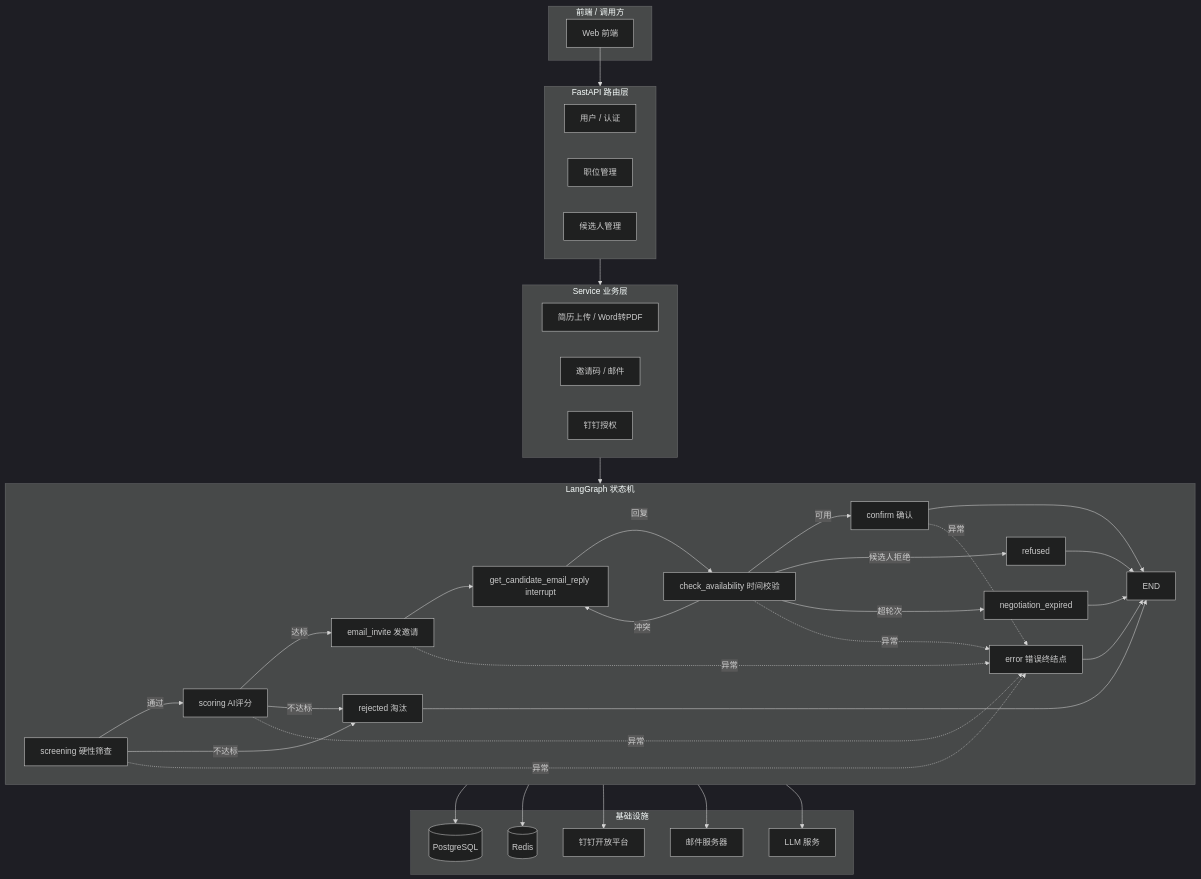
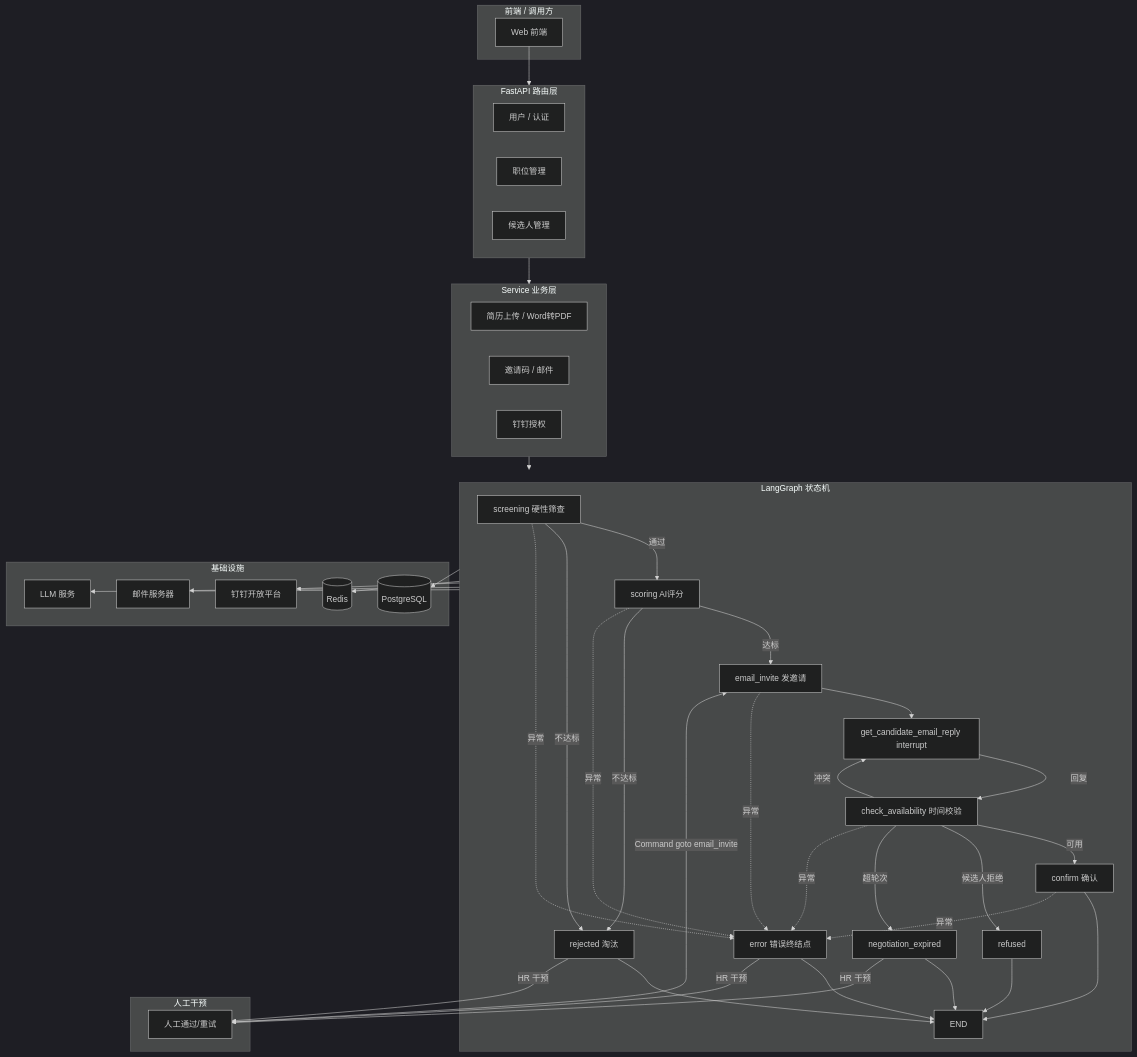
Before and after one commit to 1127-jw/SimpleHR: the diagram in README.md, drawn with Mermaid (dark theme). The commit also changed other lines of this file and 7 other files, not shown here.

````diff
--- a/README.md
+++ b/README.md
@@ -50,58 +51,67 @@
 ```mermaid
 flowchart TD
     subgraph Client["前端 / 调用方"]
         A[Web 前端]
     end
 
     subgraph API["FastAPI 路由层"]
         R1[用户 / 认证]
         R2[职位管理]
         R3[候选人管理]
     end
 
     subgraph Service["Service 业务层"]
         S1[简历上传 / Word转PDF]
         S2[邀请码 / 邮件]
         S3[钉钉授权]
     end
 
     subgraph Workflow["LangGraph 状态机"]
         W1[screening 硬性筛查] -->|通过| W2[scoring AI评分]
         W2 -->|达标| W3[email_invite 发邀请]
         W2 -->|不达标| W6[rejected 淘汰]
         W1 -->|不达标| W6
         W3 --> W4[get_candidate_email_reply interrupt]
         W4 -->|回复| W5[check_availability 时间校验]
         W5 -->|可用| W7[confirm 确认]
         W5 -->|冲突| W4
         W5 -->|候选人拒绝| W8[refused]
         W5 -->|超轮次| W9[negotiation_expired]
         W7 --> W10[END]
         W6 --> W10
         W8 --> W10
         W9 --> W10
         W1 -.->|异常| WE[error 错误终结点]
         W2 -.->|异常| WE
         W3 -.->|异常| WE
         W5 -.->|异常| WE
         W7 -.->|异常| WE
         WE --> W10
     end
 
+    subgraph Manual["人工干预"]
+        M1[人工通过/重试]
+    end
+
+    W6 -->|HR 干预| M1
+    W9 -->|HR 干预| M1
+    WE -->|HR 干预| M1
+    M1 -->|Command goto email_invite| W3
+
     subgraph Infra["基础设施"]
         DB[(PostgreSQL)]
         RD[(Redis)]
         DT[钉钉开放平台]
         MAIL[邮件服务器]
         LLM[LLM 服务]
     end
 
     A --> API
     API --> Service
     Service --> Workflow
     Workflow --> DB
     Workflow --> RD
     Workflow --> DT
     Workflow --> MAIL
     Workflow --> LLM
 ```
````
